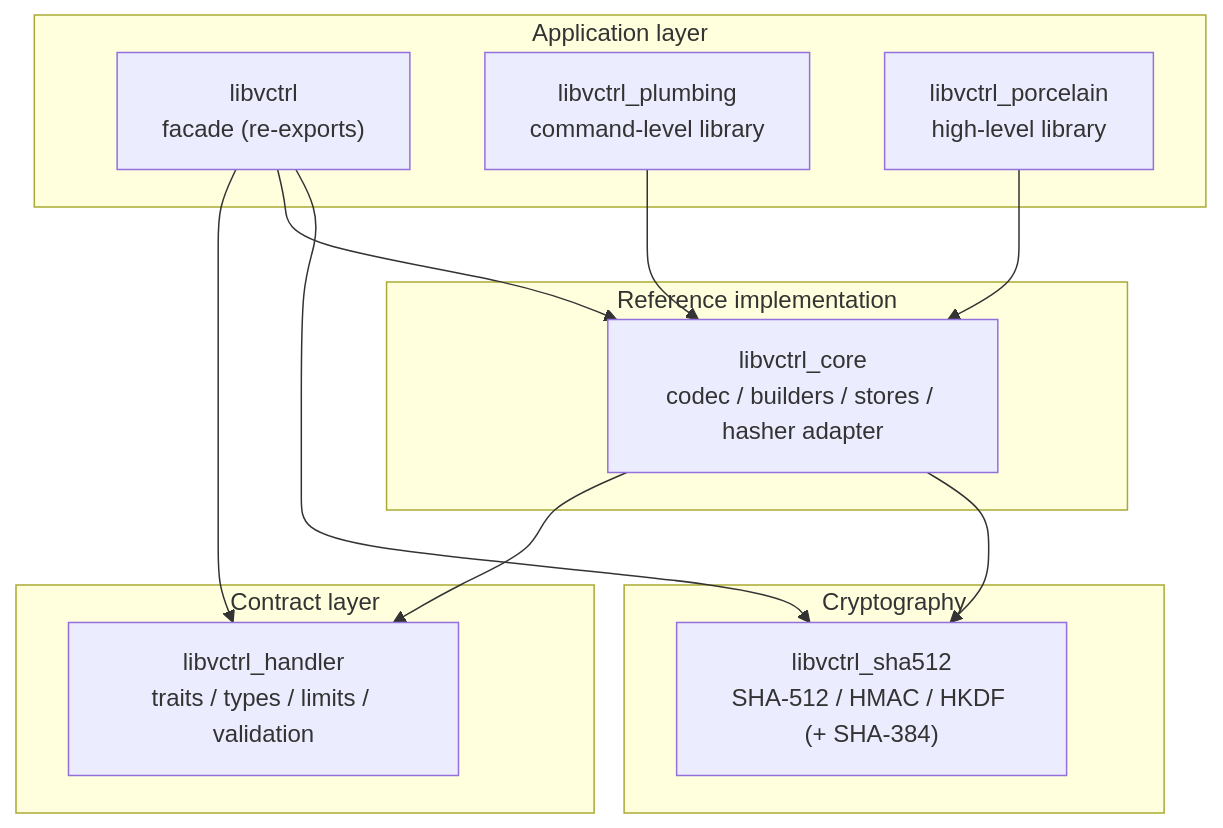
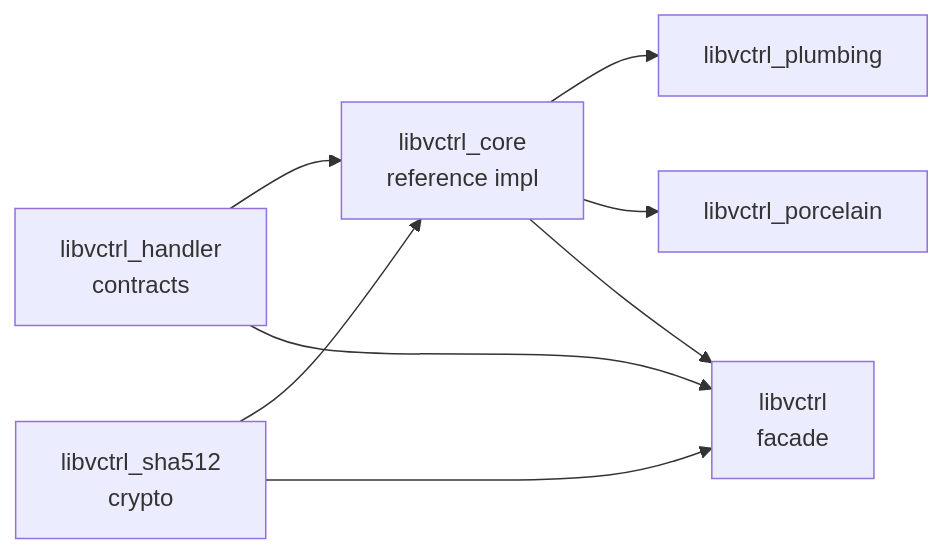
Before and after one commit to mroczect/libvctrl: the diagram in README.md, drawn with Mermaid. The commit also changed other lines of this file and 5 other files, not shown here.

````diff
--- a/README.md
+++ b/README.md
@@ -43,28 +37,10 @@
 ```mermaid
-flowchart TD
-    subgraph Apps["Application layer"]
-        FACADE["libvctrl<br/>facade (re-exports)"]
-        PL["libvctrl_plumbing<br/>command-level library"]
-        PO["libvctrl_porcelain<br/>high-level library"]
-    end
-
-    subgraph Ref["Reference implementation"]
-        CORE["libvctrl_core<br/>codec / builders / stores / hasher adapter"]
-    end
-
-    subgraph Contracts["Contract layer"]
-        HANDLER["libvctrl_handler<br/>traits / types / limits / validation"]
-    end
-
-    subgraph Crypto["Cryptography"]
-        SHA["libvctrl_sha512<br/>SHA-512 / HMAC / HKDF (+ SHA-384)"]
-    end
-
-    FACADE --> HANDLER
-    FACADE --> CORE
-    FACADE --> SHA
-    PL --> CORE
-    PO --> CORE
-    CORE --> HANDLER
-    CORE --> SHA
+flowchart LR
+    H[libvctrl_handler<br/>contracts] --> C[libvctrl_core<br/>reference impl]
+    S[libvctrl_sha512<br/>crypto] --> C
+    C --> PL[libvctrl_plumbing]
+    C --> PO[libvctrl_porcelain]
+    H --> F[libvctrl<br/>facade]
+    C --> F
+    S --> F
 ```
````
